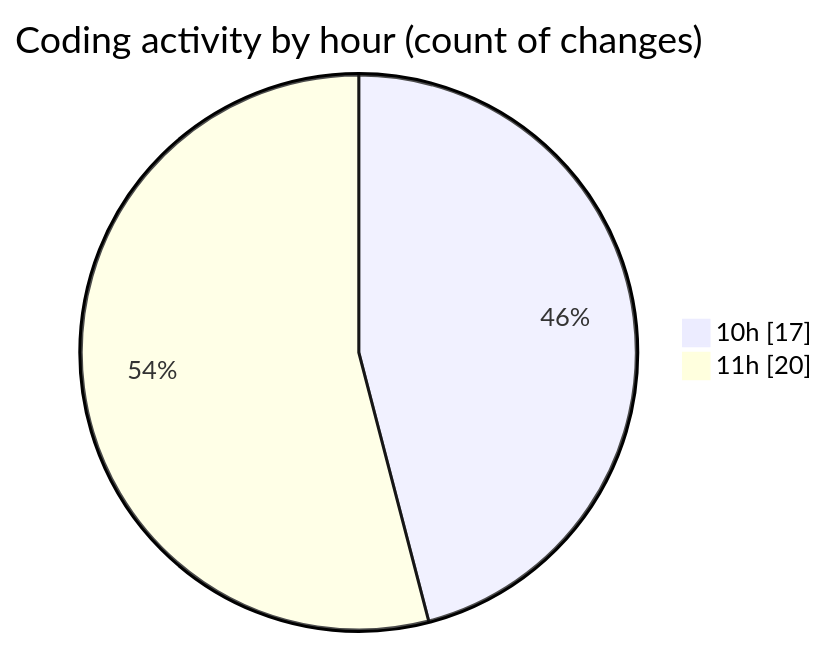
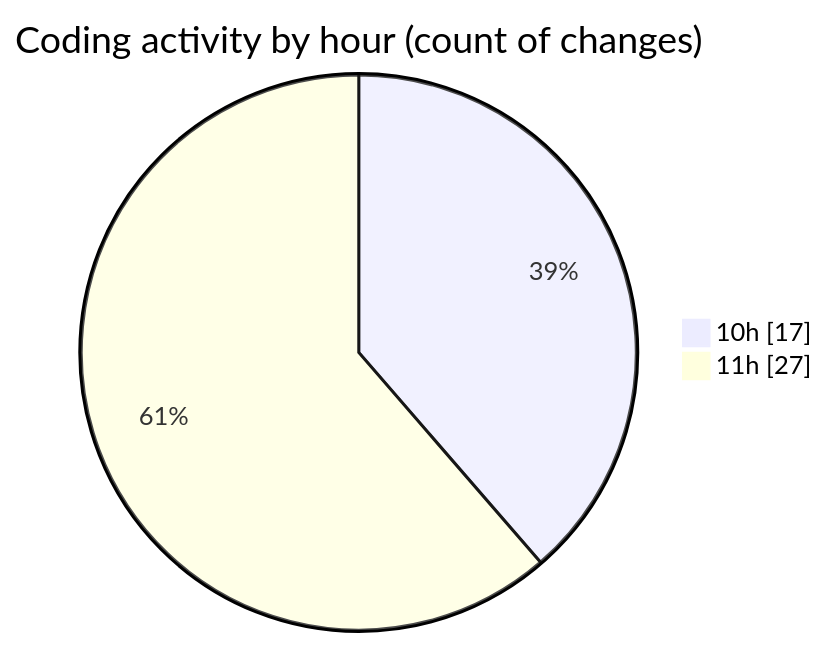
Before and after one commit to momahboobian/code-tracking: the second of 2 diagrams in 2025-10-06/cda/README.md, drawn with Mermaid. The commit also changed other lines of this file and 1 other file, not shown here.

````diff
--- a/2025-10-06/cda/README.md
+++ b/2025-10-06/cda/README.md
@@ -32,6 +32,6 @@
 ```mermaid
 pie showData
 title Coding activity by hour (count of changes)
 "10h" : 17
-"11h" : 20
+"11h" : 27
 ```
````
